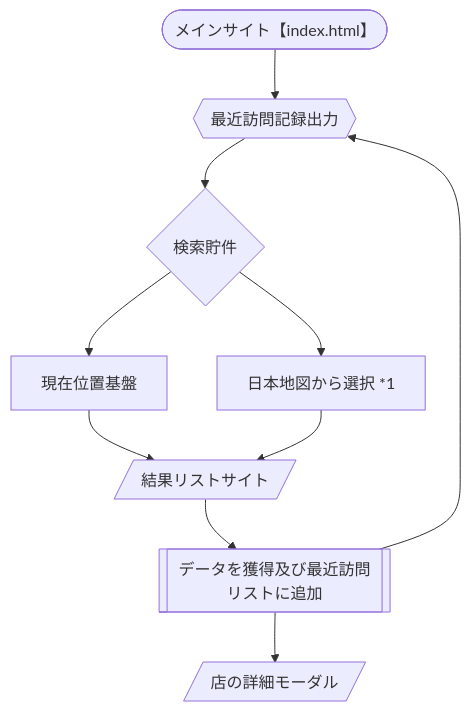
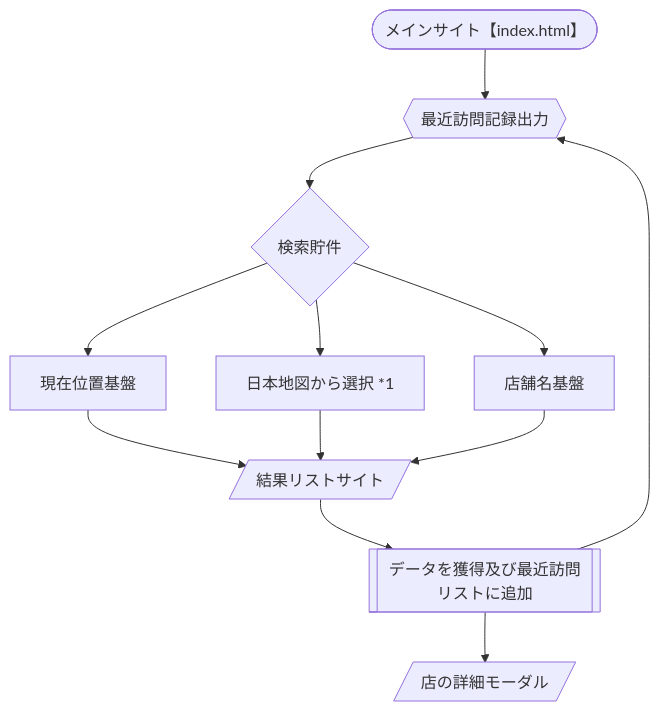
The diagram in README.md (hideyoshi515/RestaurantSearcher), drawn with Mermaid before and after one commit.

````diff
--- a/README.md
+++ b/README.md
@@ -1,16 +1,16 @@
 ```mermaid
 flowchart TD;
     A([メインサイト【index.html】])
     B[現在位置基盤]
     C[日本地図から選択 *1]
     D[/結果リストサイト/]
     E[/店の詳細モーダル/]
     F[[データを獲得及び最近訪問リストに追加]]
+    H[店舗名基盤]
     A-->id1{{最近訪問記録出力}}
     id1-->id{検索貯件}
-    id-->B
-    id-->C
-    B & C-->D
+    id-->B & C & H
+    B & C & H-->D
     D-->F
     F-->id1 & E
 ```
````
